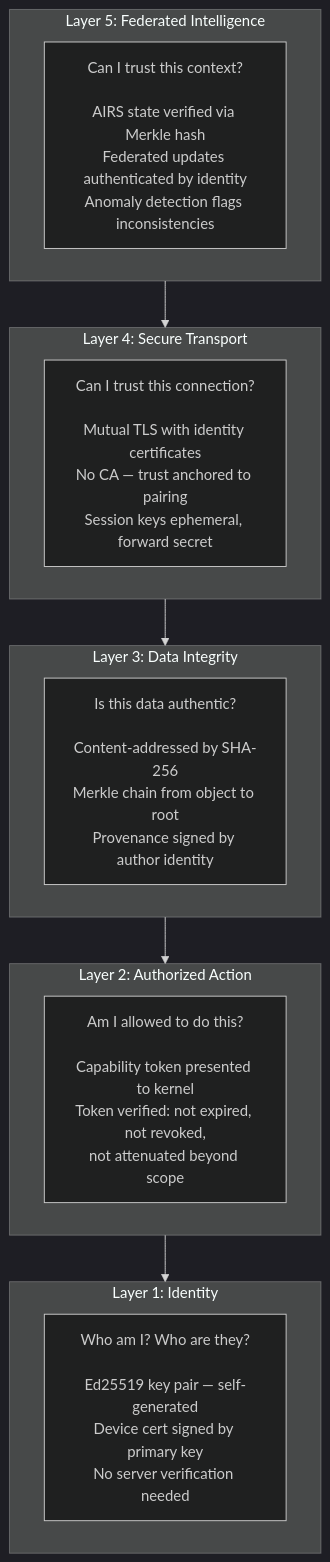
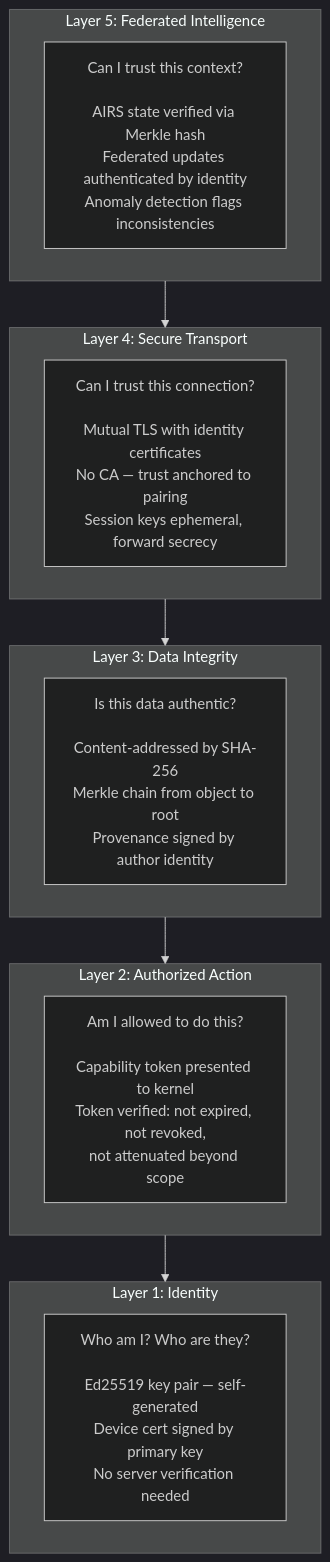
One commit to juslee/aios changed the fifth of 6 diagrams in docs/security/decentralisation.md. Above: the diagram before and after it, drawn with Mermaid (dark theme). The commit also changed other lines of this file, not shown here.

````diff
--- a/docs/security/decentralisation.md
+++ b/docs/security/decentralisation.md
@@ -286,27 +286,27 @@
 ```mermaid
 flowchart TB
     subgraph L5["Layer 5: Federated Intelligence"]
         FI["Can I trust this context?\n\nAIRS state verified via Merkle hash\nFederated updates authenticated by identity\nAnomaly detection flags inconsistencies"]
     end
 
     subgraph L4["Layer 4: Secure Transport"]
-        ST["Can I trust this connection?\n\nMutual TLS with identity certificates\nNo CA — trust anchored to pairing\nSession keys ephemeral, forward secret"]
+        ST["Can I trust this connection?\n\nMutual TLS with identity certificates\nNo CA — trust anchored to pairing\nSession keys ephemeral, forward secrecy"]
     end
 
     subgraph L3["Layer 3: Data Integrity"]
         DI["Is this data authentic?\n\nContent-addressed by SHA-256\nMerkle chain from object to root\nProvenance signed by author identity"]
     end
 
     subgraph L2["Layer 2: Authorized Action"]
         AA["Am I allowed to do this?\n\nCapability token presented to kernel\nToken verified: not expired, not revoked,\nnot attenuated beyond scope"]
     end
 
     subgraph L1["Layer 1: Identity"]
         ID["Who am I? Who are they?\n\nEd25519 key pair — self-generated\nDevice cert signed by primary key\nNo server verification needed"]
     end
 
     L5 --> L4
     L4 --> L3
     L3 --> L2
     L2 --> L1
 ```
````
